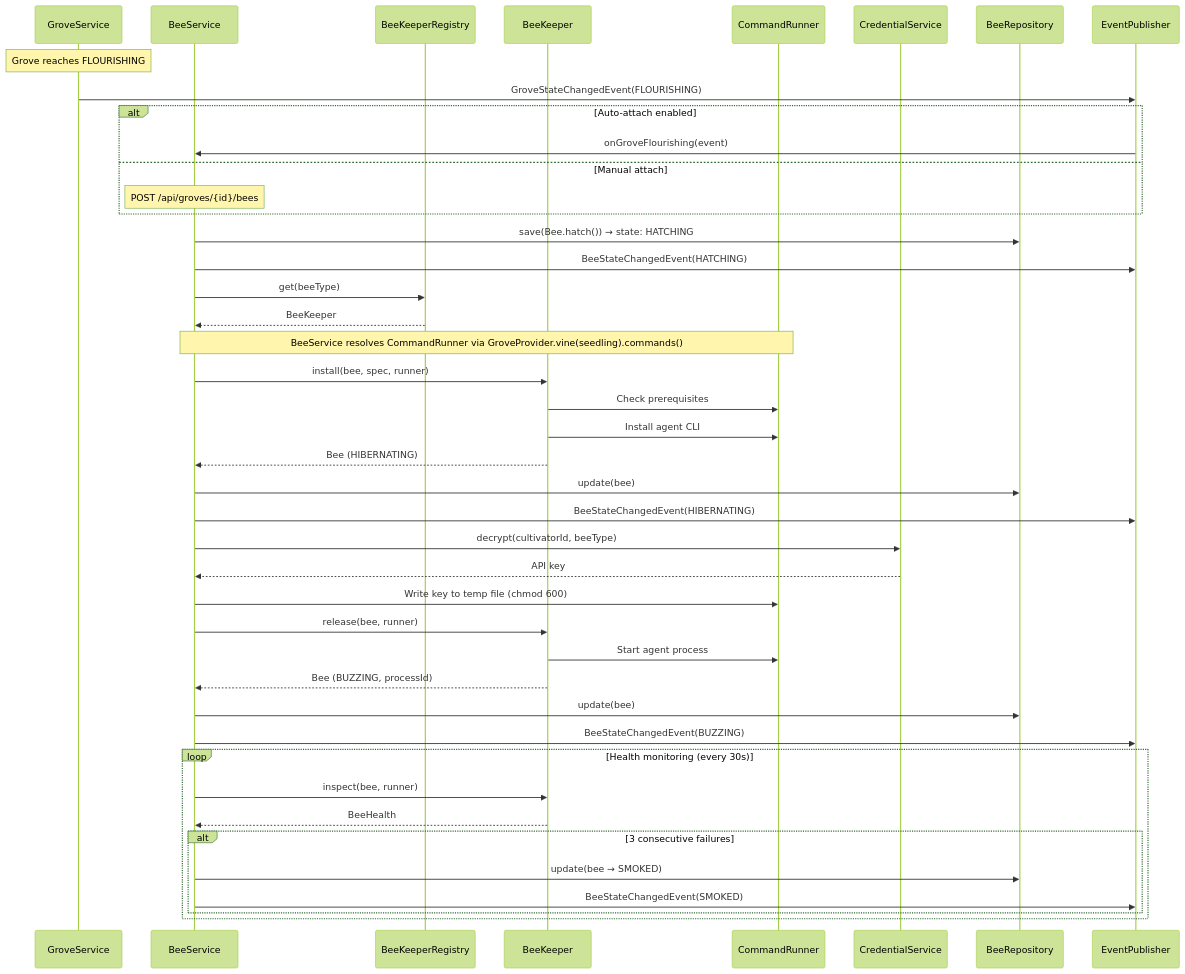
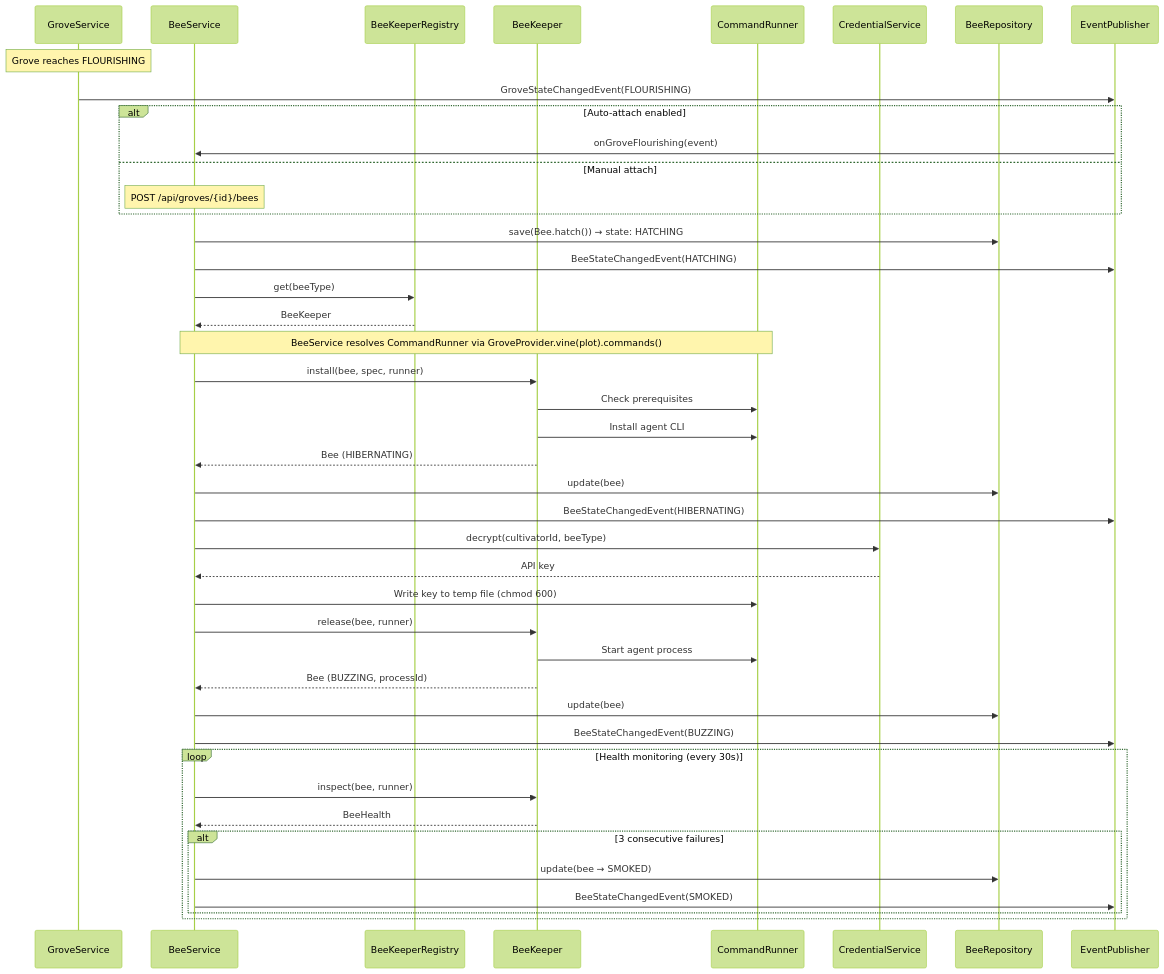
Before and after one commit to orchard-cde/orchard: the second of 6 diagrams in docs/architecture/bee-architecture.md, drawn with Mermaid (forest theme). The commit also changed other lines of this file and 106 other files, not shown here.

First line of the commit message:
refactor: retype the grove-provider seam onto a sealed Plot (#215) (#278)

````diff
--- a/docs/architecture/bee-architecture.md
+++ b/docs/architecture/bee-architecture.md
@@ -118,53 +118,53 @@
 ```mermaid
 sequenceDiagram
     participant GS as GroveService
     participant BS as BeeService
     participant BKR as BeeKeeperRegistry
     participant BK as BeeKeeper
     participant CR as CommandRunner
     participant CS as CredentialService
     participant DB as BeeRepository
     participant EP as EventPublisher
 
     Note over GS: Grove reaches FLOURISHING
     GS->>EP: GroveStateChangedEvent(FLOURISHING)
 
     alt Auto-attach enabled
         EP->>BS: onGroveFlourishing(event)
     else Manual attach
         Note over BS: POST /api/groves/{id}/bees
     end
 
     BS->>DB: save(Bee.hatch()) → state: HATCHING
     BS->>EP: BeeStateChangedEvent(HATCHING)
 
     BS->>BKR: get(beeType)
     BKR-->>BS: BeeKeeper
 
-    Note over BS,CR: BeeService resolves CommandRunner via GroveProvider.vine(seedling).commands()
+    Note over BS,CR: BeeService resolves CommandRunner via GroveProvider.vine(plot).commands()
     BS->>BK: install(bee, spec, runner)
     BK->>CR: Check prerequisites
     BK->>CR: Install agent CLI
     BK-->>BS: Bee (HIBERNATING)
     BS->>DB: update(bee)
     BS->>EP: BeeStateChangedEvent(HIBERNATING)
 
     BS->>CS: decrypt(cultivatorId, beeType)
     CS-->>BS: API key
     BS->>CR: Write key to temp file (chmod 600)
 
     BS->>BK: release(bee, runner)
     BK->>CR: Start agent process
     BK-->>BS: Bee (BUZZING, processId)
     BS->>DB: update(bee)
     BS->>EP: BeeStateChangedEvent(BUZZING)
 
     loop Health monitoring (every 30s)
         BS->>BK: inspect(bee, runner)
         BK-->>BS: BeeHealth
         alt 3 consecutive failures
             BS->>DB: update(bee → SMOKED)
             BS->>EP: BeeStateChangedEvent(SMOKED)
         end
     end
 ```
````
